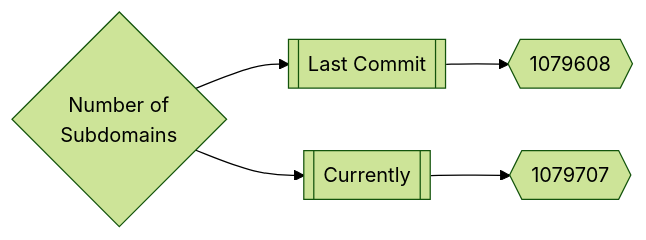
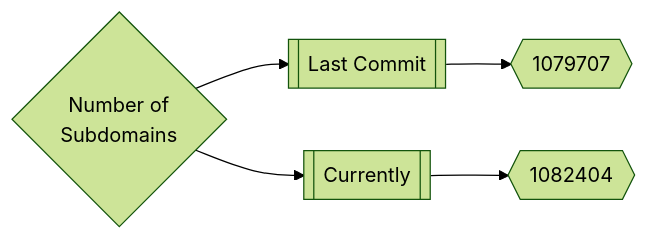
One commit to trickest/inventory changed the first of 3 diagrams in README.md. Above: the diagram before and after it, drawn with Mermaid (forest theme). The commit also changed other lines of this file and 109 other files, not shown here.

````diff
--- a/README.md
+++ b/README.md
@@ -165,5 +165,5 @@
 ```mermaid
 graph LR
-title{Number of<br>Subdomains} --> subdomainsDate1[[Last Commit]] --> subdomainsNum1{{1079608}}
-title --> subdomainsDate2[[Currently]] --> subdomainsNum2{{1079707}}
+title{Number of<br>Subdomains} --> subdomainsDate1[[Last Commit]] --> subdomainsNum1{{1079707}}
+title --> subdomainsDate2[[Currently]] --> subdomainsNum2{{1082404}}
 ```
````
